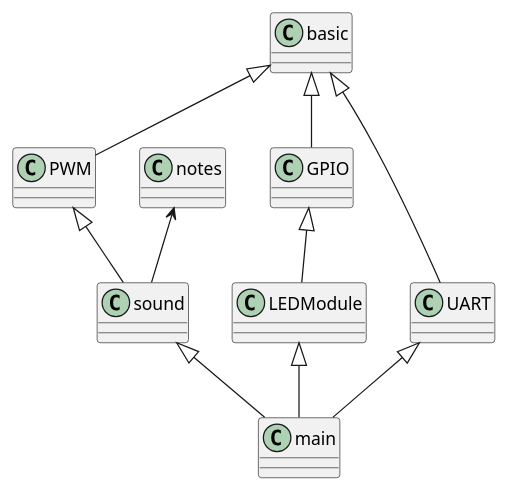
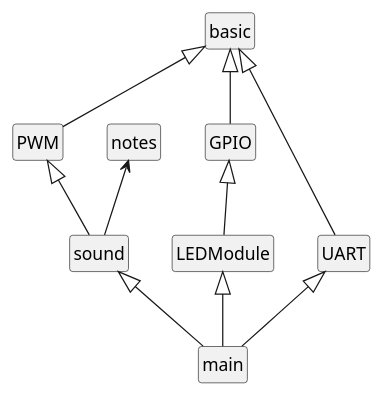
The diagram in Project/Documents/SoftwareArchitecture.puml (R-Ramana/CG2271), drawn with PlantUML before and after one commit. The commit also changed 7 other files, not shown here.

Commit message:
Update UML diagrams

```diff
--- a/Project/Documents/SoftwareArchitecture.puml
+++ b/Project/Documents/SoftwareArchitecture.puml
@@ -1,22 +1,24 @@
 @startuml
+hide circle
+hide member
 
 class main
 class LEDModule
 class GPIO
 class UART
 class sound
 class notes
 class PWM
 class basic
 
 main -u-|> LEDModule
 main -u-|> UART
 main -u-|> sound
 LEDModule -u-|> GPIO
 GPIO -u-|> basic
 UART -u-|> basic
 sound -u-> notes
 sound -u-|> PWM
 PWM -u-|> basic
 
 @enduml
```
